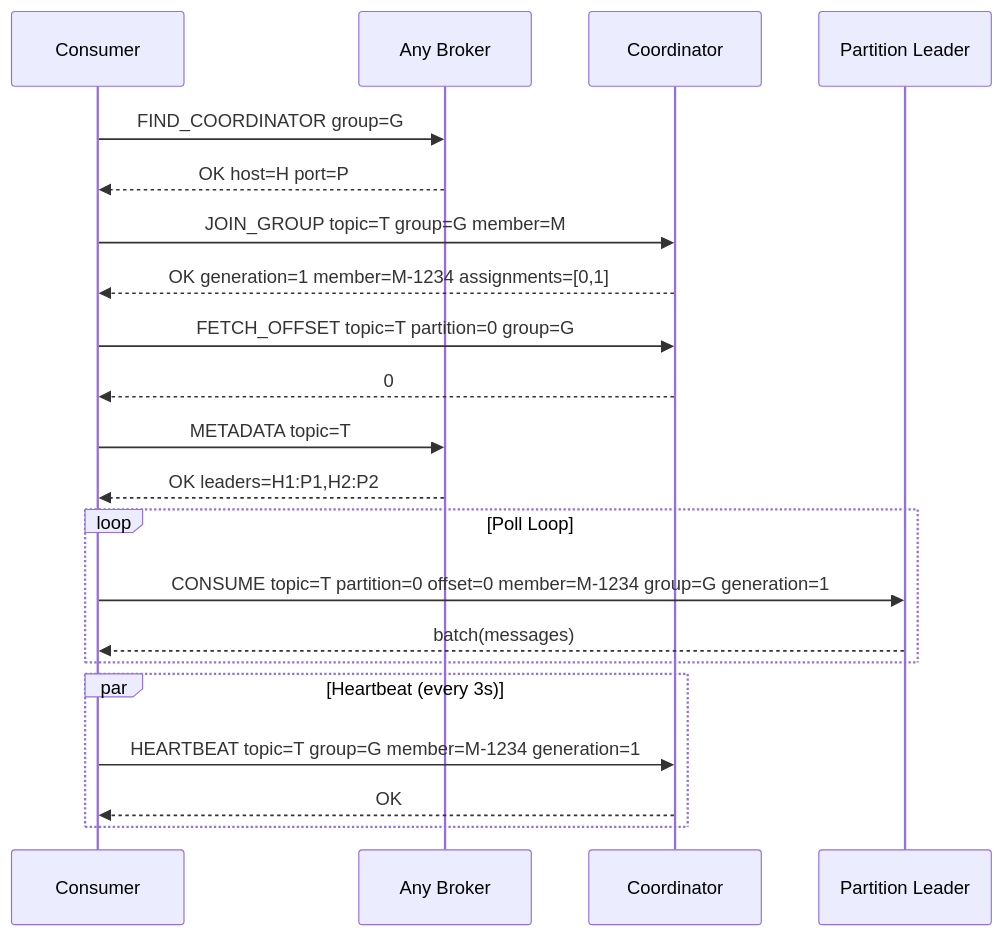
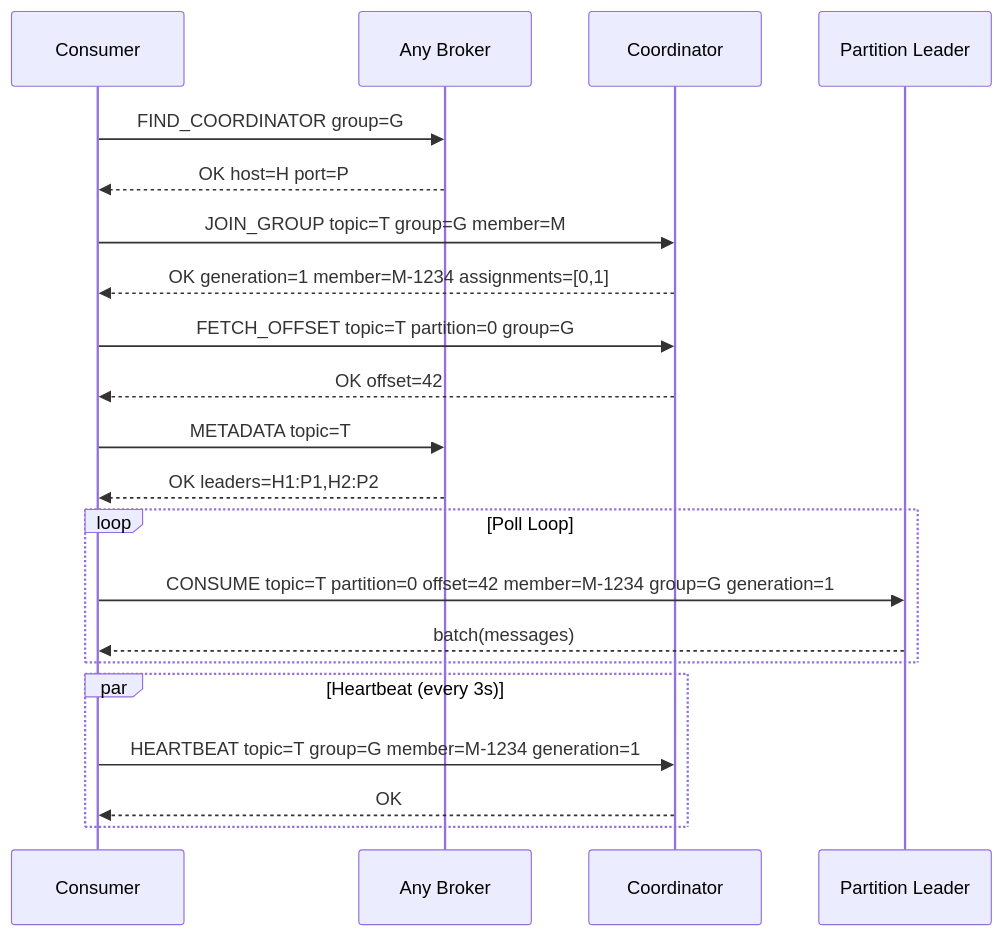
One commit to cursus-io/cursus-python changed the second of 3 diagrams in docs/cluster-consumer.md. Above: the diagram before and after it, drawn with Mermaid. The commit also changed other lines of this file and 22 other files, not shown here.

````diff
--- a/docs/cluster-consumer.md
+++ b/docs/cluster-consumer.md
@@ -66,29 +66,29 @@
 ```mermaid
 sequenceDiagram
     participant C as Consumer
     participant B as Any Broker
     participant CO as Coordinator
     participant PL as Partition Leader
 
     C->>B: FIND_COORDINATOR group=G
     B-->>C: OK host=H port=P
 
     C->>CO: JOIN_GROUP topic=T group=G member=M
     CO-->>C: OK generation=1 member=M-1234 assignments=[0,1]
 
     C->>CO: FETCH_OFFSET topic=T partition=0 group=G
-    CO-->>C: 0
+    CO-->>C: OK offset=42
 
     C->>B: METADATA topic=T
     B-->>C: OK leaders=H1:P1,H2:P2
 
     loop Poll Loop
-        C->>PL: CONSUME topic=T partition=0 offset=0 member=M-1234 group=G generation=1
+        C->>PL: CONSUME topic=T partition=0 offset=42 member=M-1234 group=G generation=1
         PL-->>C: batch(messages)
     end
 
     par Heartbeat (every 3s)
         C->>CO: HEARTBEAT topic=T group=G member=M-1234 generation=1
         CO-->>C: OK
     end
 ```
````
